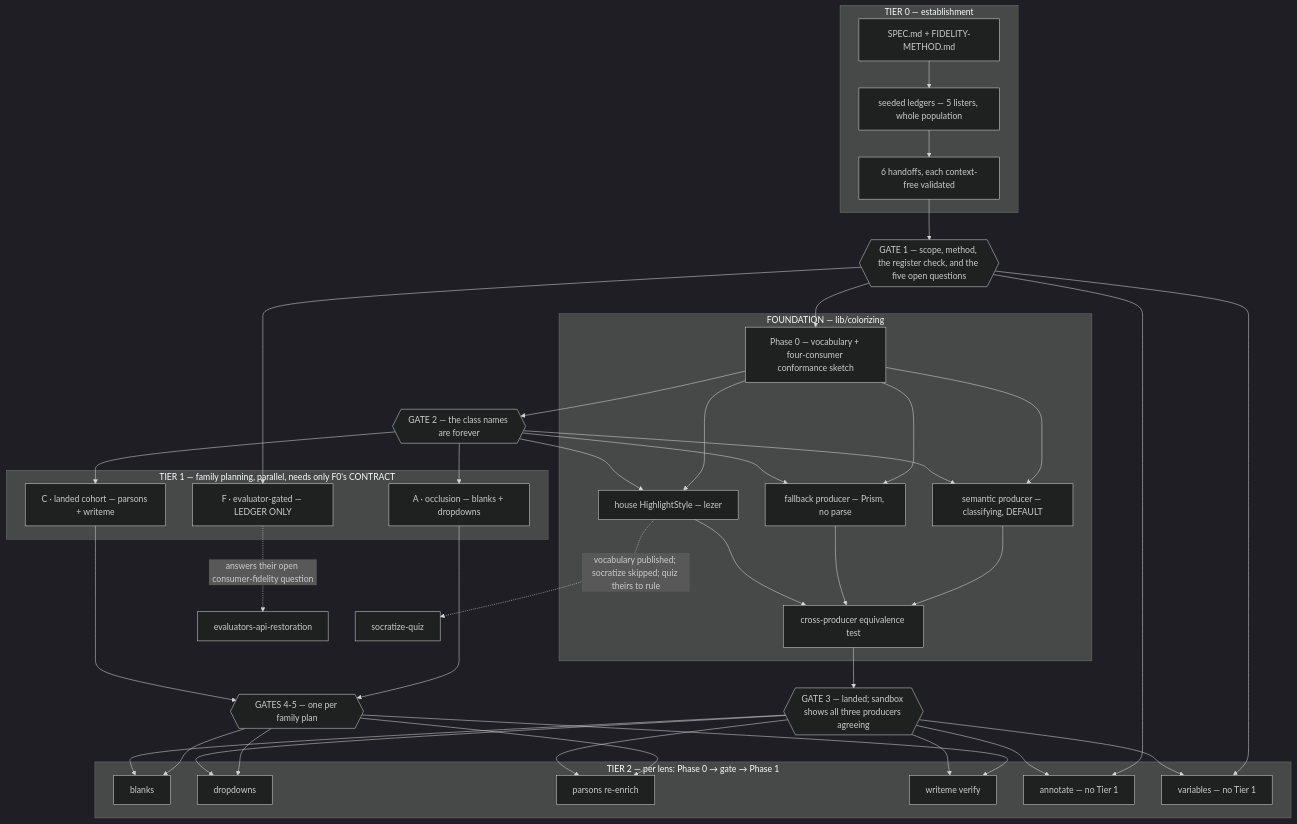
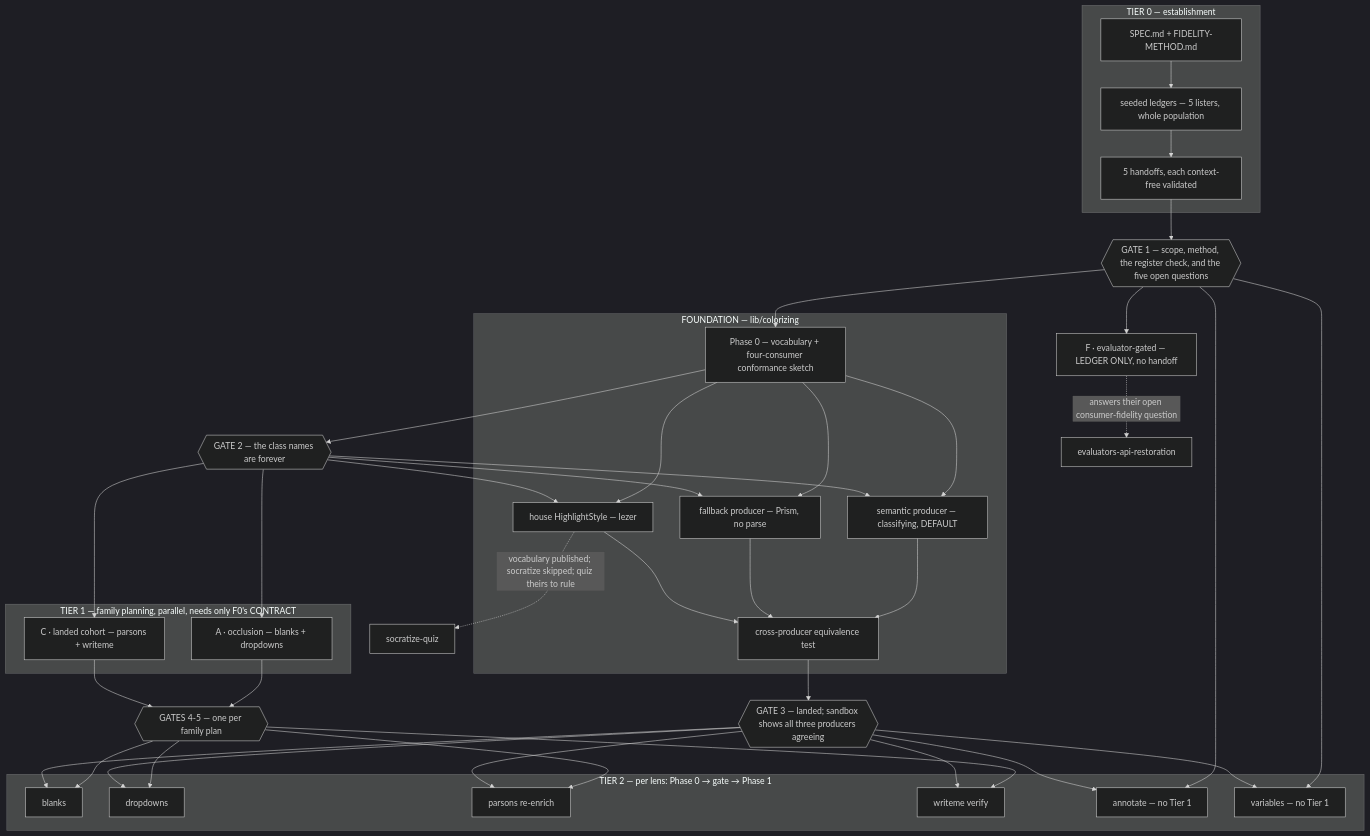
Before and after one commit to codeschoolinabox/curricula: the diagram in .planning-handoffs/lens-migration/SPEC.md, drawn with Mermaid (dark theme). The commit also changed other lines of this file and 2 other files, not shown here.

````diff
--- a/.planning-handoffs/lens-migration/SPEC.md
+++ b/.planning-handoffs/lens-migration/SPEC.md
@@ -860,48 +868,48 @@
 ```mermaid
 flowchart TD
   subgraph T0["TIER 0 — establishment"]
     SPEC["SPEC.md + FIDELITY-METHOD.md"]
     SEED["seeded ledgers — 5 listers, whole population"]
-    HAND["6 handoffs, each context-free validated"]
+    HAND["5 handoffs, each context-free validated"]
     SPEC --> SEED --> HAND
   end
   G1{{"GATE 1 — scope, method, the register check, and the five open questions"}}
   HAND --> G1
 
   subgraph FND["FOUNDATION — lib/colorizing"]
     F0["Phase 0 — vocabulary + four-consumer conformance sketch"]
     FS["semantic producer — classifying, DEFAULT"]
     FP["fallback producer — Prism, no parse"]
     FH["house HighlightStyle — lezer"]
     FE["cross-producer equivalence test"]
     F0 --> FS --> FE
     F0 --> FP --> FE
     F0 --> FH --> FE
   end
   G2{{"GATE 2 — the class names are forever"}}
   G3{{"GATE 3 — landed; sandbox shows all three producers agreeing"}}
   G1 --> F0 --> G2 --> FS & FP & FH
   FE --> G3
 
   subgraph T1["TIER 1 — family planning, parallel, needs only F0's CONTRACT"]
     PA["A · occlusion — blanks + dropdowns"]
     PC["C · landed cohort — parsons + writeme"]
-    PF["F · evaluator-gated — LEDGER ONLY"]
   end
+  PF["F · evaluator-gated — LEDGER ONLY, no handoff"]
   G2 --> PA & PC
   G1 --> PF
   G45{{"GATES 4-5 — one per family plan"}}
   PA & PC --> G45
 
   subgraph T2["TIER 2 — per lens: Phase 0 → gate → Phase 1"]
     L1["blanks"]; L2["dropdowns"]
     L4["parsons re-enrich"]; L5["writeme verify"]
     L3["annotate — no Tier 1"]; L6["variables — no Tier 1"]
   end
   G45 --> L1 & L2 & L4 & L5
   G1 --> L3 & L6
   G3 --> L1 & L2 & L3 & L4 & L5 & L6
 
   PF -.->|"answers their open consumer-fidelity question"| EV["evaluators-api-restoration"]
   FH -.->|"vocabulary published; socratize skipped; quiz theirs to rule"| SQ["socratize-quiz"]
 ```
````
